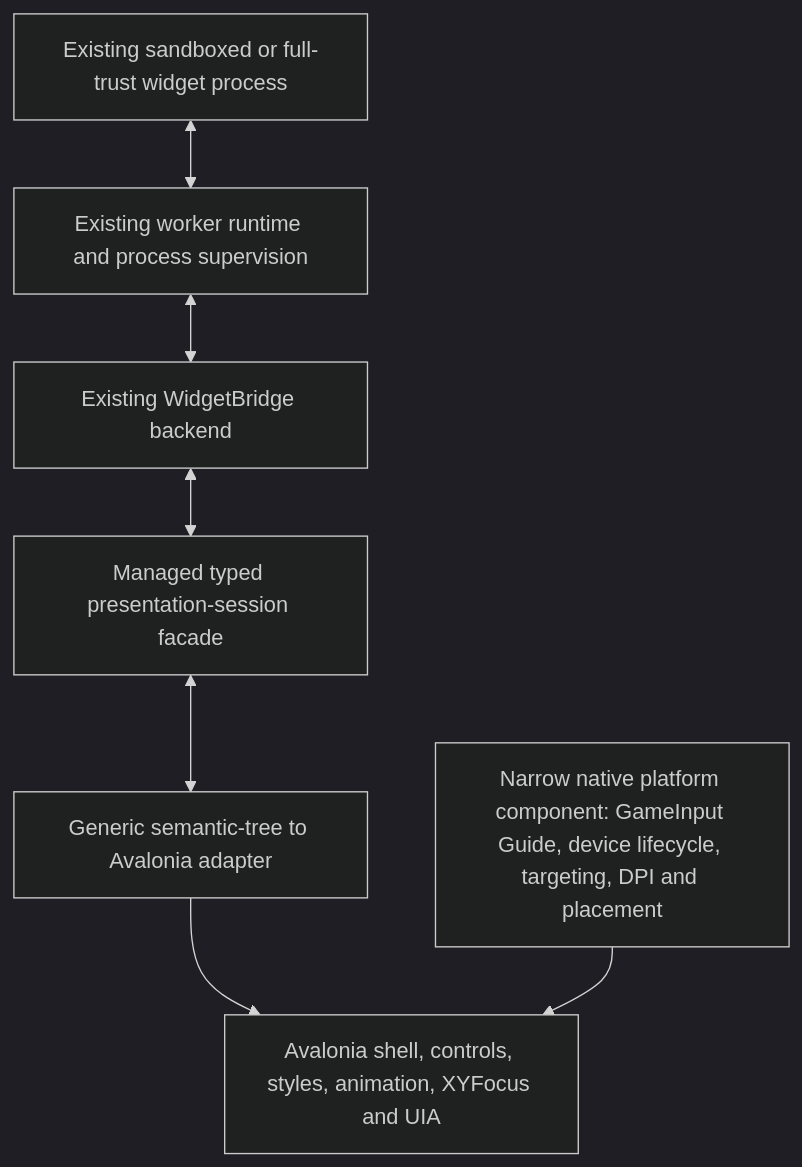
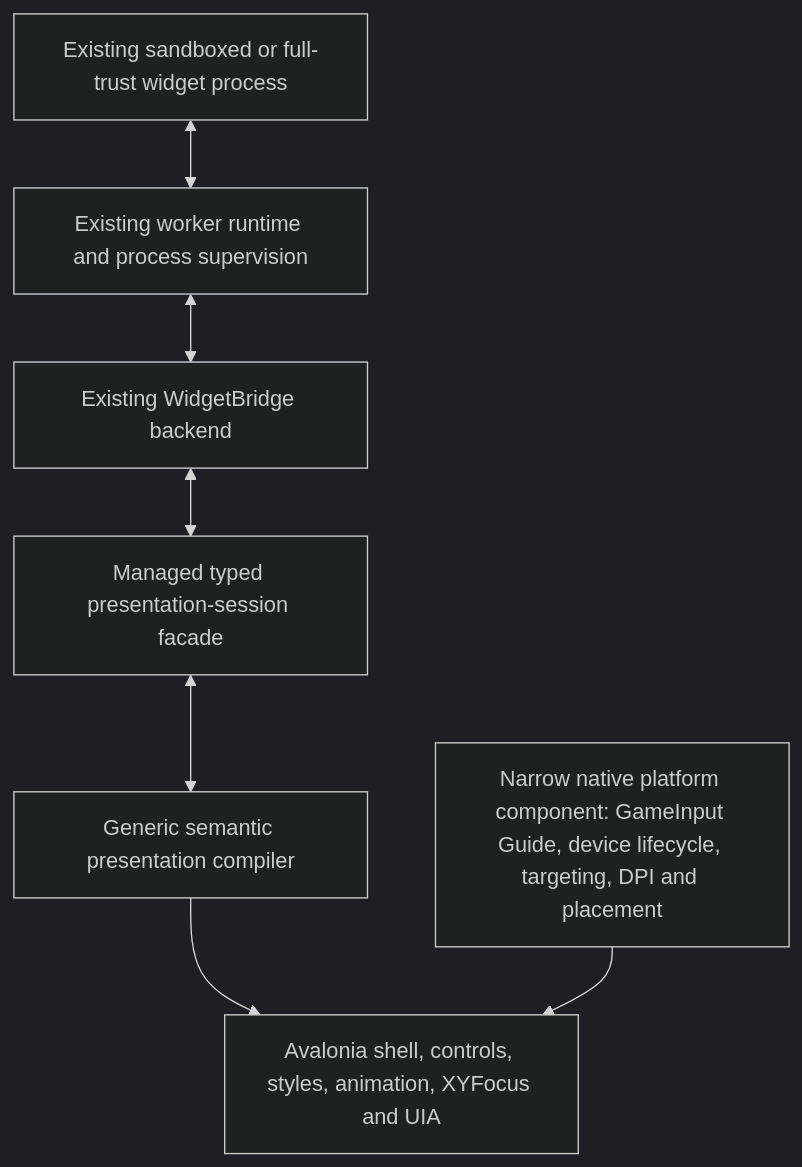
One commit to sandwi-dev/WidgetRail changed the diagram in docs/avalonia-migration-plan.md. Above: the diagram before and after it, drawn with Mermaid (dark theme). The commit also changed other lines of this file and 1 other file, not shown here.

Commit message:
[PLANNER] Redesign AVP-004 controller presentation

````diff
--- a/docs/avalonia-migration-plan.md
+++ b/docs/avalonia-migration-plan.md
@@ -37,17 +38,17 @@
 ```mermaid
 flowchart TB
     Widget["Existing sandboxed or full-trust widget process"]
     Runtime["Existing worker runtime and process supervision"]
     Bridge["Existing WidgetBridge backend"]
     Session["Managed typed presentation-session facade"]
-    Adapter["Generic semantic-tree to Avalonia adapter"]
+    Adapter["Generic semantic presentation compiler"]
     UI["Avalonia shell, controls, styles, animation, XYFocus and UIA"]
     Native["Narrow native platform component: GameInput Guide, device lifecycle, targeting, DPI and placement"]
 
     Widget <--> Runtime
     Runtime <--> Bridge
     Bridge <--> Session
     Session <--> Adapter
     Adapter --> UI
     Native --> UI
 ```
````
